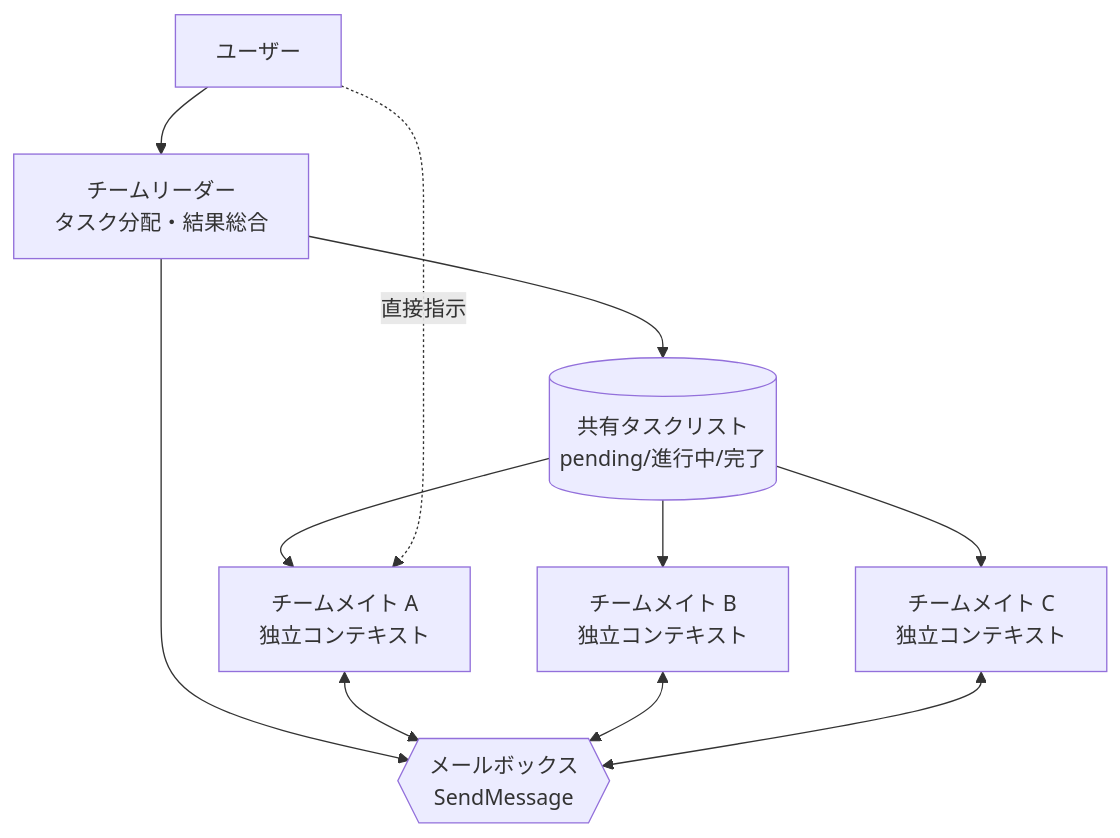
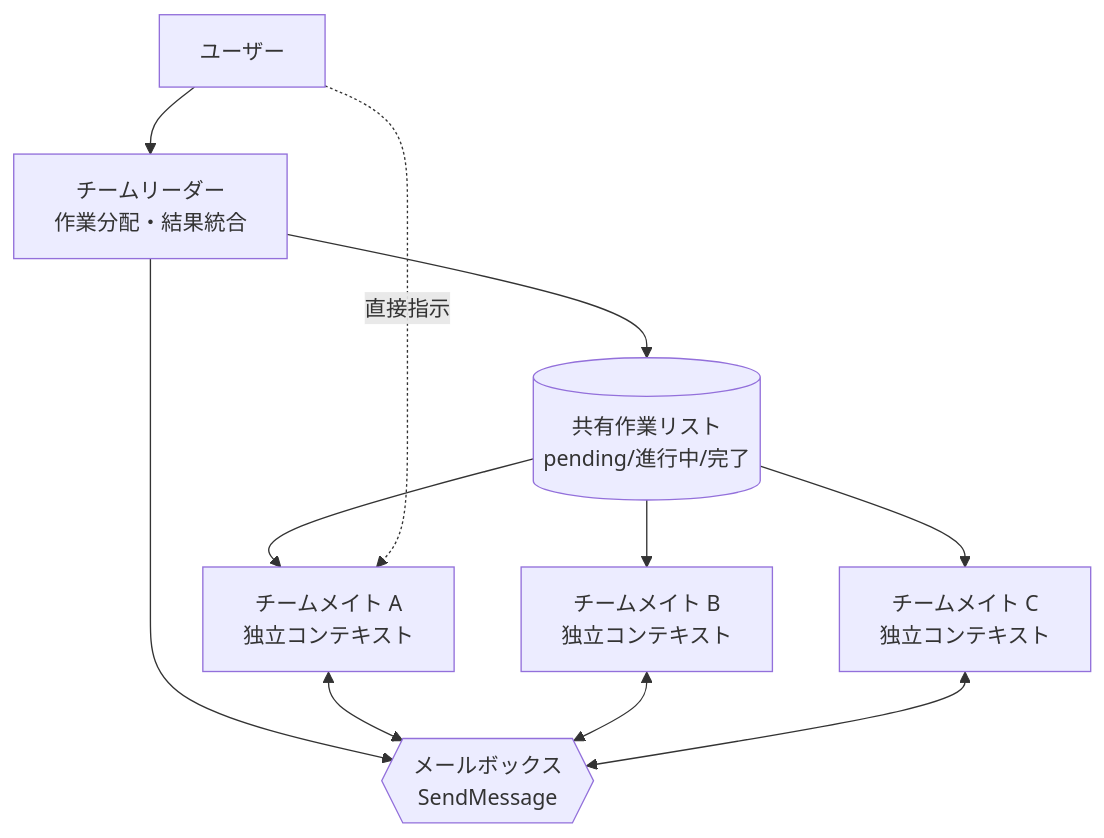
One commit to modu-ai/moai-adk changed the diagram in docs-site/content/ja/claude-code/agentic/agent-teams.md. Above: the diagram before and after it, drawn with Mermaid. The commit also changed other lines of this file and 180 other files, not shown here.

````diff
--- a/docs-site/content/ja/claude-code/agentic/agent-teams.md
+++ b/docs-site/content/ja/claude-code/agentic/agent-teams.md
@@ -83,13 +83,13 @@
 ```mermaid
 flowchart TD
-    User[ユーザー] --> Lead[チームリーダー<br/>タスク分配・結果総合]
-    Lead --> TaskList[(共有タスクリスト<br/>pending/進行中/完了)]
+    User[ユーザー] --> Lead[チームリーダー<br/>作業分配・結果統合]
+    Lead --> TaskList[(共有作業リスト<br/>pending/進行中/完了)]
     Lead --> Mailbox{{メールボックス<br/>SendMessage}}
     TaskList --> T1[チームメイト A<br/>独立コンテキスト]
     TaskList --> T2[チームメイト B<br/>独立コンテキスト]
     TaskList --> T3[チームメイト C<br/>独立コンテキスト]
     T1 <--> Mailbox
     T2 <--> Mailbox
     T3 <--> Mailbox
     User -.直接指示.-> T1
 ```
````
